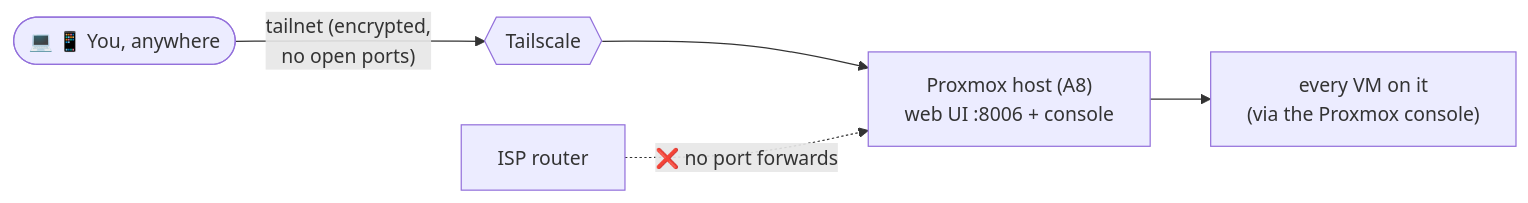
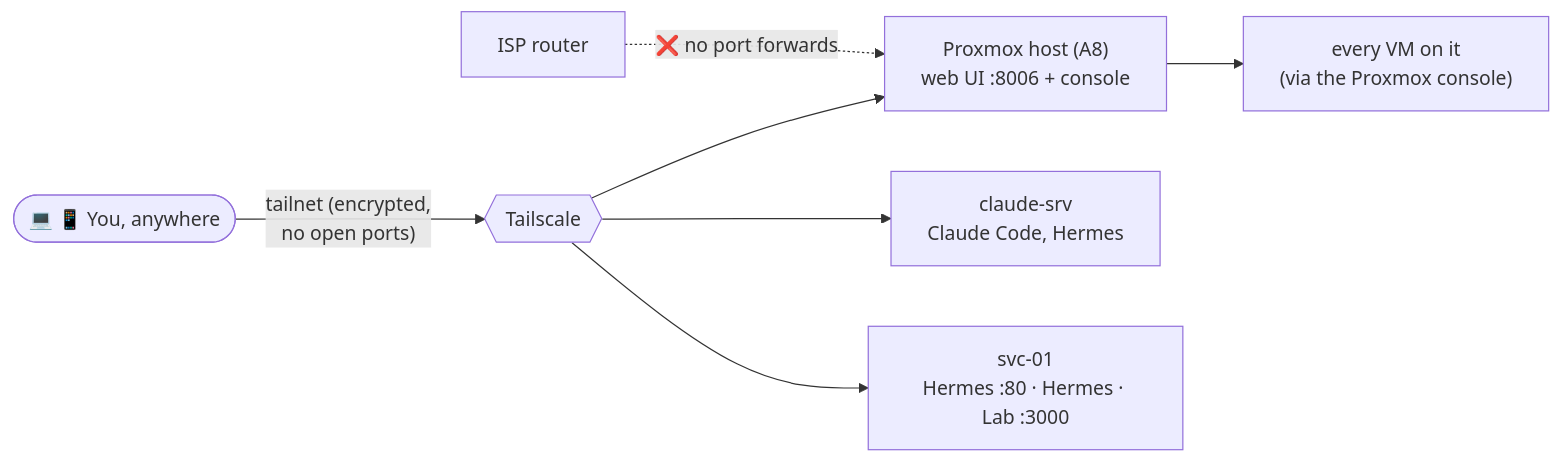
Before and after one commit to ClydeWasEjected/ClydeHomeLab: the diagram in HomeLab/3 - Remote Access/Tailscale.md, drawn with Mermaid. The commit also changed other lines of this file and 11 other files, not shown here.

First line of the commit message:
Hermes dashboards, Remote Control service, svc-01 on Tailscale

````diff
--- a/HomeLab/3 - Remote Access/Tailscale.md
+++ b/HomeLab/3 - Remote Access/Tailscale.md
@@ -5,7 +5,9 @@
 ```mermaid
 flowchart LR
     you(["💻 📱 You, anywhere"]) -- "tailnet (encrypted,<br/>no open ports)" --> ts{{"Tailscale"}}
     ts --> a8["Proxmox host (A8)<br/>web UI :8006 + console"]
     a8 --> vms["every VM on it<br/>(via the Proxmox console)"]
+    ts --> cs["claude-srv<br/>Claude Code, Hermes"]
+    ts --> sv["svc-01<br/>Hermes :80 · Hermes · Lab :3000"]
     rt["ISP router"] -. "❌ no port forwards" .-> a8
 ```
````
